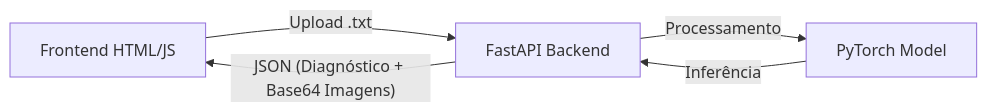
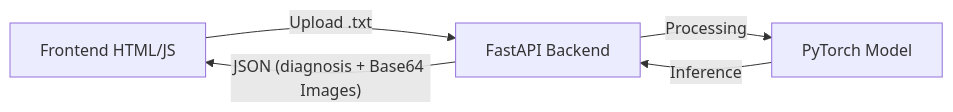
One commit to gabfarmarcondes/Detectar-Burnout-via-EEG changed the second of 2 diagrams in README.md. Above: the diagram before and after it, drawn with Mermaid. The commit also changed other lines of this file, not shown here.

````diff
--- a/README.md
+++ b/README.md
@@ -17,7 +17,7 @@
 ```mermaid
 graph LR
     A[Frontend HTML/JS] -- Upload .txt --> B[FastAPI Backend]
-    B -- Processamento --> C[PyTorch Model]
-    C -- Inferência --> B
-    B -- JSON (Diagnóstico + Base64 Imagens) --> A
+    B -- Processing --> C[PyTorch Model]
+    C -- Inference --> B
+    B -- JSON (diagnosis + Base64 Images) --> A
 ```
````
